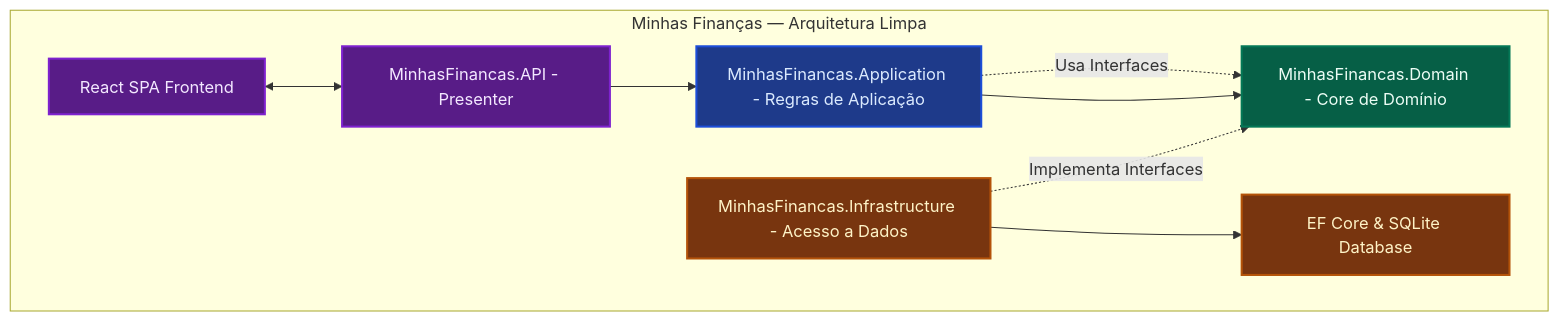
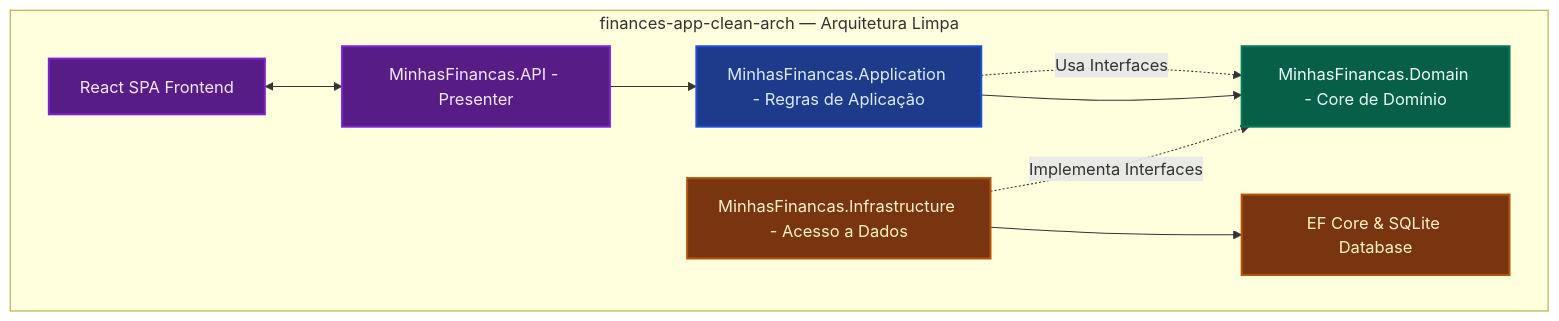
One commit to vinnyrodriguesmartins-code/Fullstack-qa-engineering-portfolio changed the first of 2 diagrams in README.md. Above: the diagram before and after it, drawn with Mermaid. The commit also changed other lines of this file and 35 other files, not shown here.

````diff
--- a/README.md
+++ b/README.md
@@ -35,26 +36,26 @@
 ```mermaid
 graph TD
     classDef default fill:#1f2937,stroke:#374151,stroke-width:1px,color:#f3f4f6;
     classDef domain fill:#065f46,stroke:#047857,stroke-width:2px,color:#ecfdf5;
     classDef app fill:#1e3a8a,stroke:#1d4ed8,stroke-width:2px,color:#dbeafe;
     classDef infra fill:#78350f,stroke:#b45309,stroke-width:2px,color:#fef3c7;
     classDef presentation fill:#581c87,stroke:#7e22ce,stroke-width:2px,color:#f3e8ff;
 
-    subgraph "Minhas Finanças — Arquitetura Limpa"
+    subgraph "finances-app-clean-arch — Arquitetura Limpa"
         Web[React SPA Frontend] <--> API[MinhasFinancas.API - Presenter]
         
         API --> App[MinhasFinancas.Application - Regras de Aplicação]
         App --> Domain[MinhasFinancas.Domain - Core de Domínio]
         
         Infra[MinhasFinancas.Infrastructure - Acesso a Dados] --> EF[EF Core & SQLite Database]
         
         %% Dependency Inversion
         Infra -.->|Implementa Interfaces| Domain
         App -.->|Usa Interfaces| Domain
     end
 
     class Domain domain;
     class App app;
     class Infra,EF infra;
     class Web,API presentation;
 ```
````
